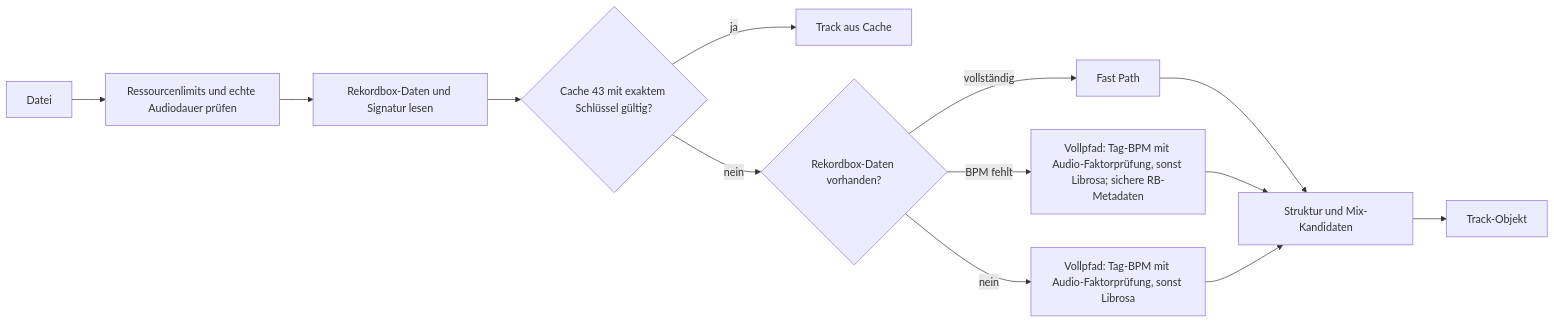
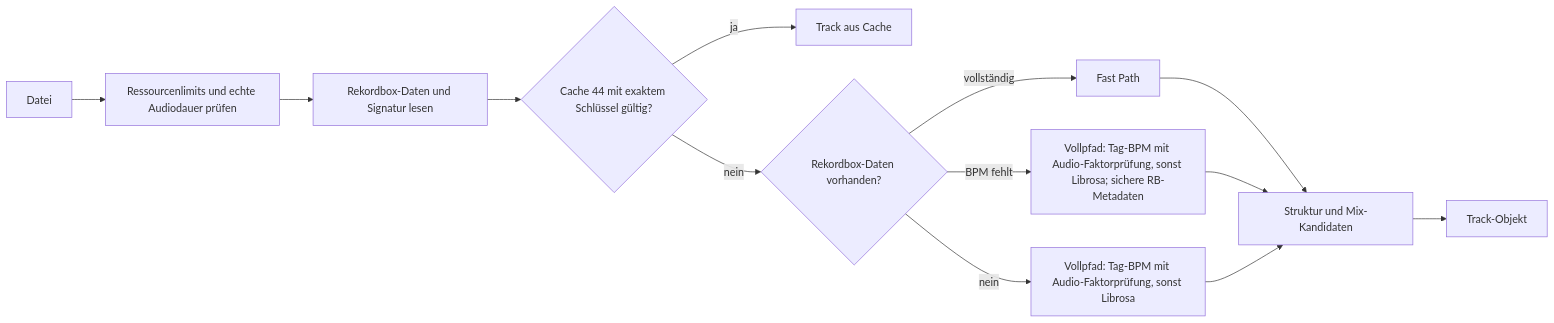
Before and after one commit to Crusty696/HarmonicPlaylistGenkopie_V2.0: the second of 9 diagrams in docs/TRACKAUSWAHL-UND-MIXPOINT-FLUSS.md, drawn with Mermaid. The commit also changed other lines of this file and 20 other files, not shown here.

````diff
--- a/docs/TRACKAUSWAHL-UND-MIXPOINT-FLUSS.md
+++ b/docs/TRACKAUSWAHL-UND-MIXPOINT-FLUSS.md
@@ -97,15 +97,15 @@
 ```mermaid
 flowchart LR
     A[Datei] --> R[Ressourcenlimits und echte Audiodauer prüfen]
     R --> S[Rekordbox-Daten und Signatur lesen]
-    S --> B{Cache 43 mit exaktem Schlüssel gültig?}
+    S --> B{Cache 44 mit exaktem Schlüssel gültig?}
     B -- ja --> C[Track aus Cache]
     B -- nein --> D{Rekordbox-Daten vorhanden?}
     D -- vollständig --> E[Fast Path]
     D -- BPM fehlt --> F["Vollpfad: Tag-BPM mit Audio-Faktorprüfung, sonst Librosa; sichere RB-Metadaten"]
     D -- nein --> G["Vollpfad: Tag-BPM mit Audio-Faktorprüfung, sonst Librosa"]
     E --> H[Struktur und Mix-Kandidaten]
     F --> H
     G --> H
     H --> I[Track-Objekt]
 ```
````
